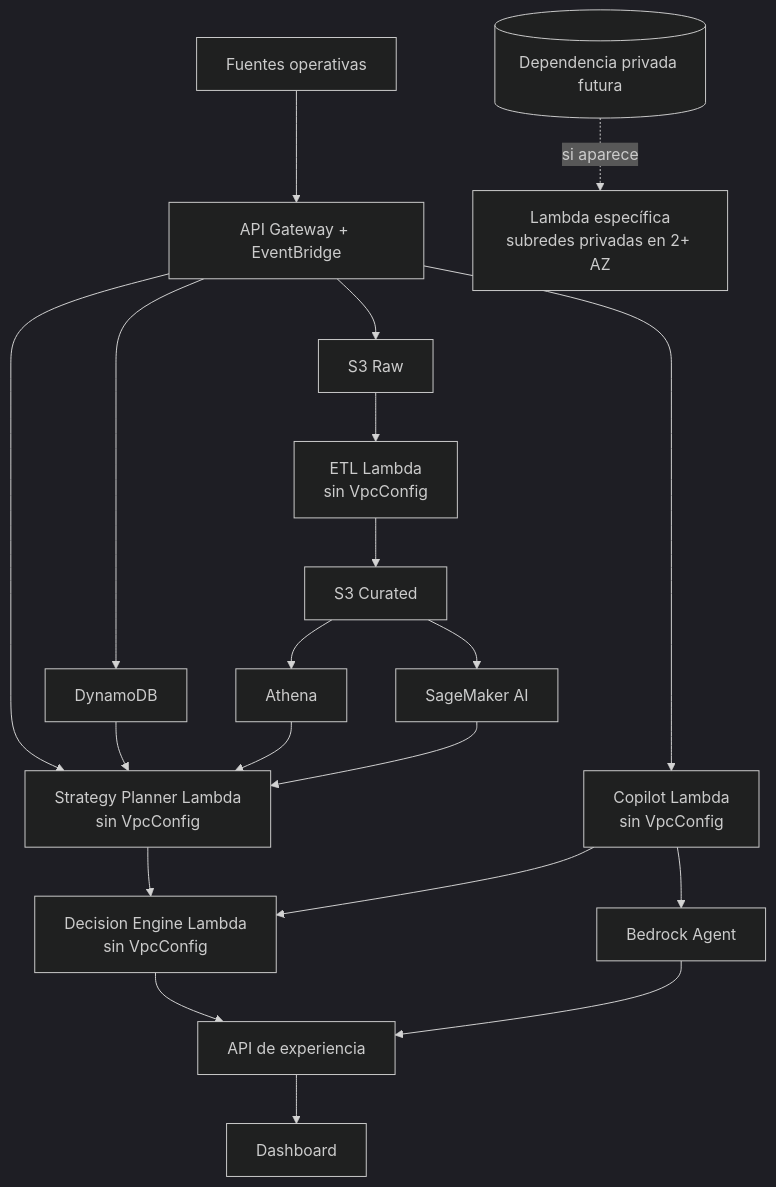
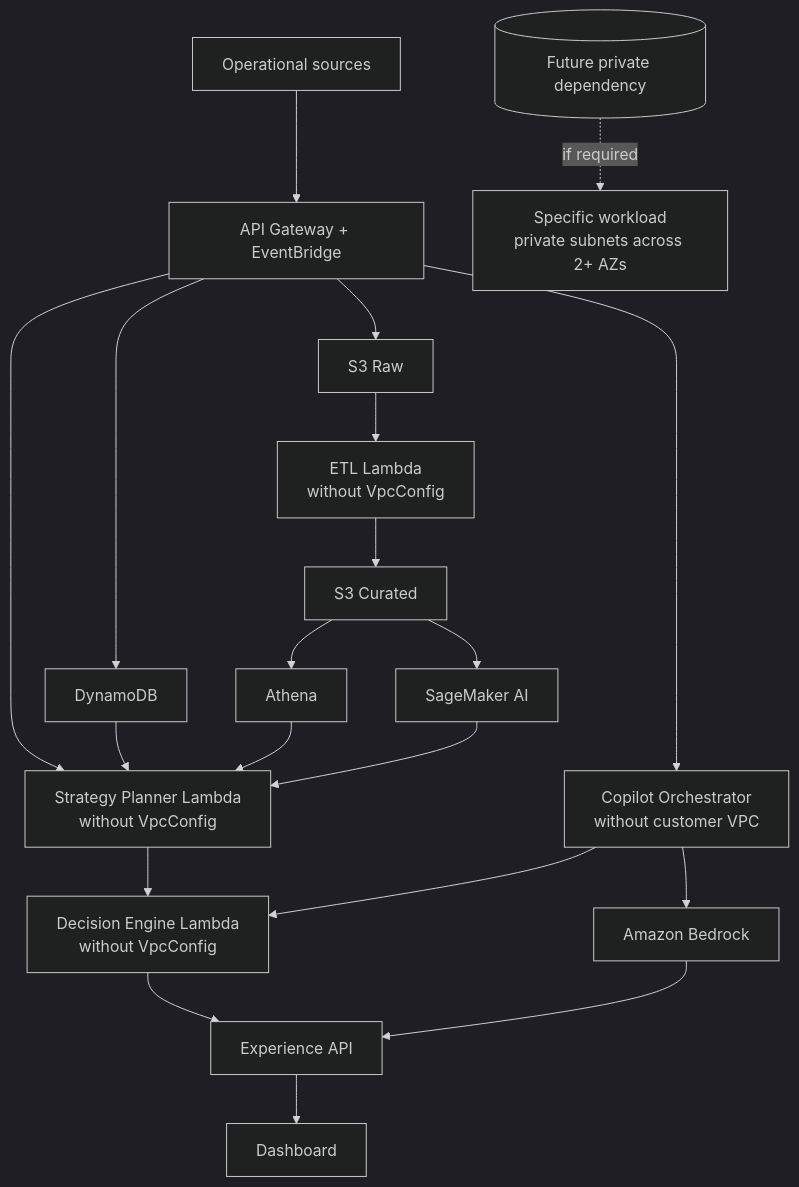
Before and after one commit to FerGem33/BackendRoad2Tech: the second of 2 diagrams in docs/aws-lambda-vpc-audit.md, drawn with Mermaid (dark theme). The commit also changed other lines of this file and 36 other files, not shown here.

````diff
--- a/docs/aws-lambda-vpc-audit.md
+++ b/docs/aws-lambda-vpc-audit.md
@@ -99,24 +97,24 @@
 ```mermaid
 flowchart TD
-    Sources[Fuentes operativas] --> Entry[API Gateway + EventBridge]
+    Sources[Operational sources] --> Entry[API Gateway + EventBridge]
     Entry --> DDB[DynamoDB]
     Entry --> Raw[S3 Raw]
-    Raw --> ETL[ETL Lambda<br/>sin VpcConfig]
+    Raw --> ETL[ETL Lambda<br/>without VpcConfig]
     ETL --> Curated[S3 Curated]
     Curated --> Athena[Athena]
     Curated --> SM[SageMaker AI]
-    Entry --> Planner[Strategy Planner Lambda<br/>sin VpcConfig]
+    Entry --> Planner[Strategy Planner Lambda<br/>without VpcConfig]
     DDB --> Planner
     Athena --> Planner
     SM --> Planner
-    Planner --> Engine[Decision Engine Lambda<br/>sin VpcConfig]
-    Entry --> Copilot[Copilot Lambda<br/>sin VpcConfig]
-    Copilot --> Bedrock[Bedrock Agent]
+    Planner --> Engine[Decision Engine Lambda<br/>without VpcConfig]
+    Entry --> Copilot[Copilot Orchestrator<br/>without customer VPC]
+    Copilot --> Bedrock[Amazon Bedrock]
     Copilot --> Engine
-    Engine --> Experience[API de experiencia]
+    Engine --> Experience[Experience API]
     Bedrock --> Experience
     Experience --> Dashboard[Dashboard]
 
-    Private[(Dependencia privada futura)]
-    Private -. si aparece .-> Hybrid[Lambda específica<br/>subredes privadas en 2+ AZ]
+    Private[(Future private dependency)]
+    Private -. if required .-> Hybrid[Specific workload<br/>private subnets across 2+ AZs]
 ```
````
